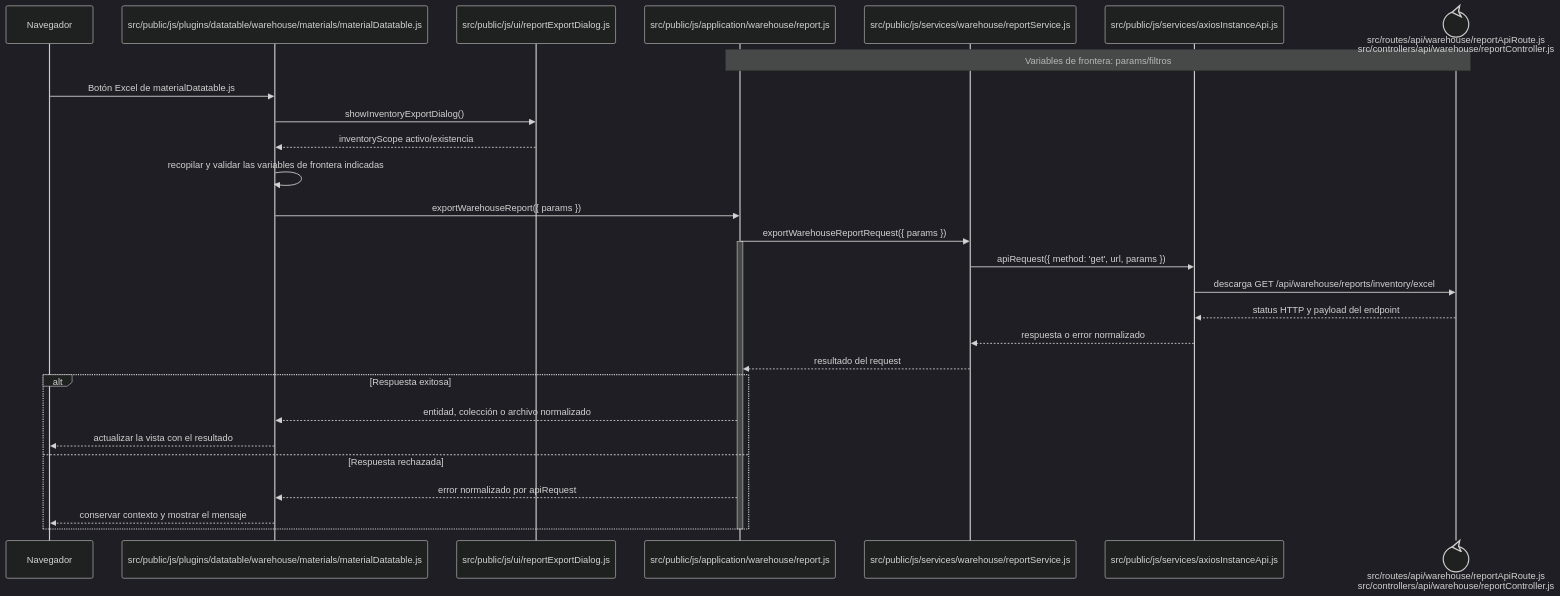
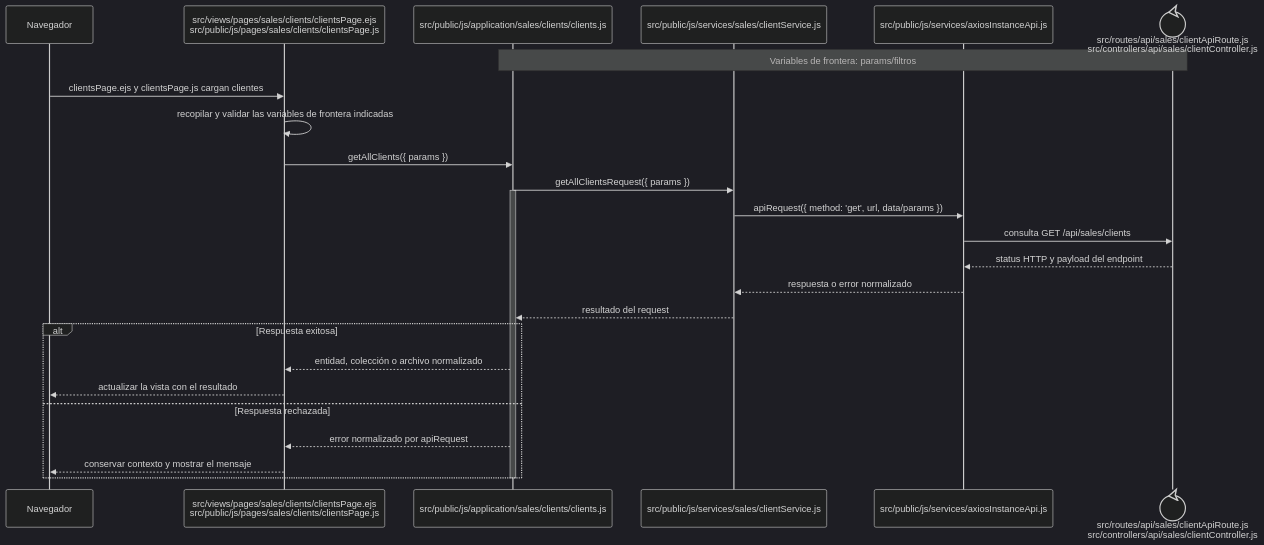
Before and after one commit to gpgsistemas01/nexus: the diagram in docs/architecture/frontend-code-sequences/catalogs/cu-cat-06.md, drawn with Mermaid (dark theme). The commit also changed other lines of this file and 287 other files, not shown here.

````diff
--- a/docs/architecture/frontend-code-sequences/catalogs/cu-cat-06.md
+++ b/docs/architecture/frontend-code-sequences/catalogs/cu-cat-06.md
@@ -6,32 +6,29 @@
 ```mermaid
 sequenceDiagram
     participant Browser as Navegador
-    participant View as src/public/js/plugins/datatable/warehouse/materials/materialDatatable.js
-    participant Dialog as src/public/js/ui/reportExportDialog.js
-    participant Application as src/public/js/application/warehouse/report.js
-    participant Request as src/public/js/services/warehouse/reportService.js
+    participant View as src/views/pages/sales/clients/clientsPage.ejs<br/>src/public/js/pages/sales/clients/clientsPage.js
+    participant Application as src/public/js/application/sales/clients/clients.js
+    participant Request as src/public/js/services/sales/clientService.js
     participant HTTP as src/public/js/services/axiosInstanceApi.js
-    participant Transport@{ "type": "control" } as src/routes/api/warehouse/reportApiRoute.js<br/>src/controllers/api/warehouse/reportController.js
+    participant Transport@{ "type": "control" } as src/routes/api/sales/clientApiRoute.js<br/>src/controllers/api/sales/clientController.js
     Note over Application,Transport: Variables de frontera: params/filtros
 
-    Browser->>View: Botón Excel de materialDatatable.js
-    View->>Dialog: showInventoryExportDialog()
-    Dialog-->>View: inventoryScope activo/existencia
+    Browser->>View: clientsPage.ejs y clientsPage.js cargan clientes
     View->>View: recopilar y validar las variables de frontera indicadas
-    View->>Application: exportWarehouseReport({ params })
-    Application->>Request: exportWarehouseReportRequest({ params })
+    View->>Application: getAllClients({ params })
+    Application->>Request: getAllClientsRequest({ params })
     activate Application
-    Request->>HTTP: apiRequest({ method: 'get', url, params })
-    HTTP->>Transport: descarga GET /api/warehouse/reports/inventory/excel
+    Request->>HTTP: apiRequest({ method: 'get', url, data/params })
+    HTTP->>Transport: consulta GET /api/sales/clients
     Transport-->>HTTP: status HTTP y payload del endpoint
     HTTP-->>Request: respuesta o error normalizado
     Request-->>Application: resultado del request
     alt Respuesta exitosa
         Application-->>View: entidad, colección o archivo normalizado
         View-->>Browser: actualizar la vista con el resultado
     else Respuesta rechazada
         Application-->>View: error normalizado por apiRequest
         View-->>Browser: conservar contexto y mostrar el mensaje
     end
     deactivate Application
 ```
````
